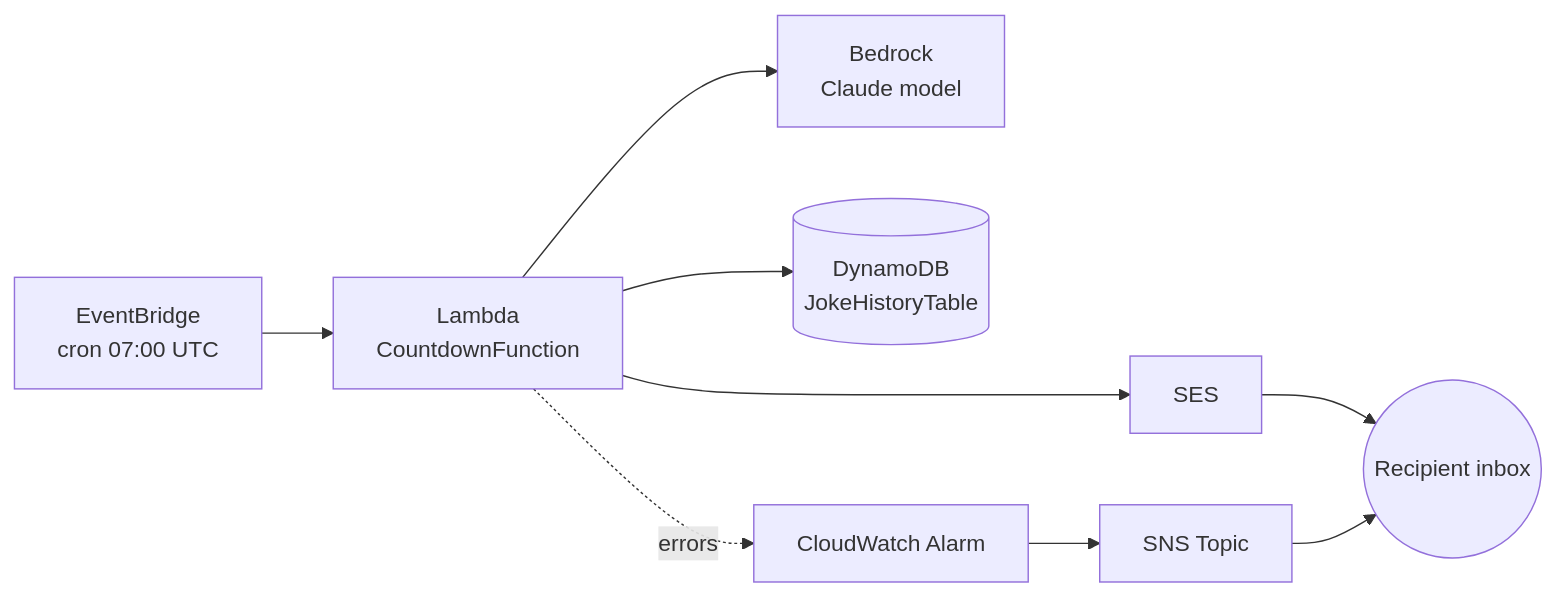
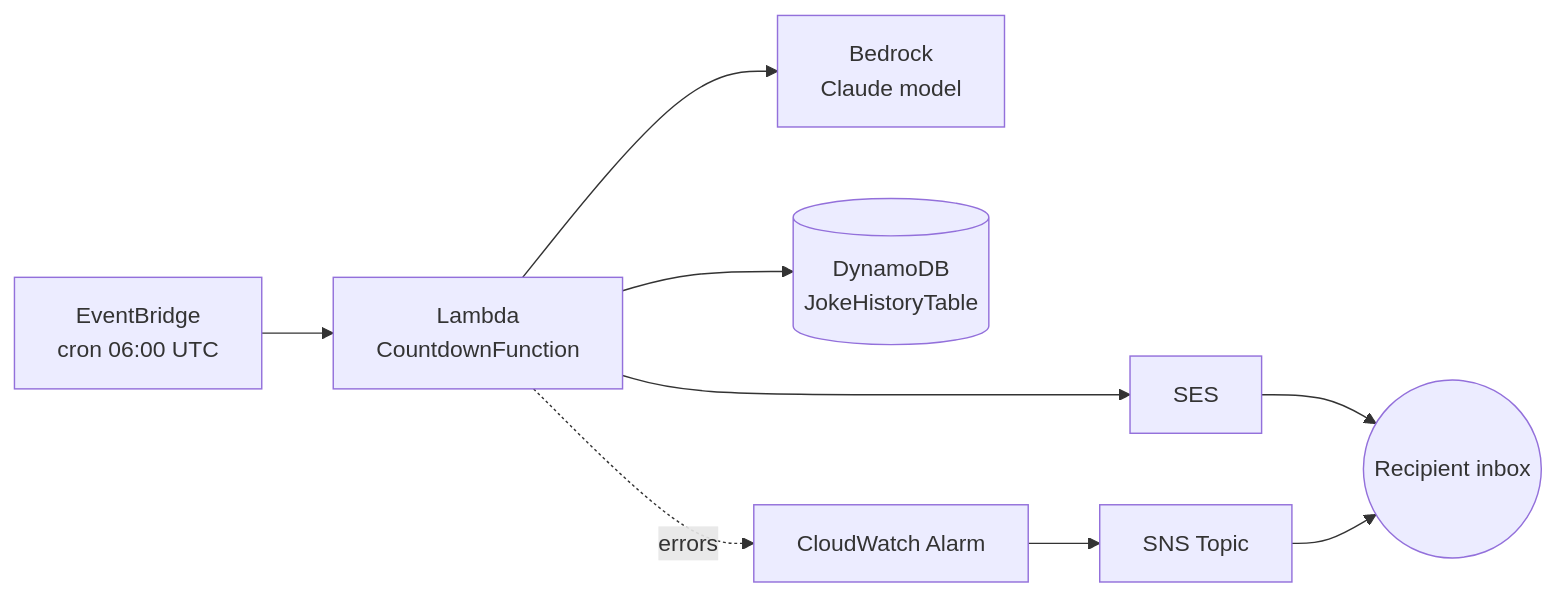
The diagram in README.md (Sidford/retirement-calleth), drawn with Mermaid before and after one commit. The commit also changed other lines of this file and 3 other files, not shown here.

First line of the commit message:
docs: bring README, architecture, WAR review, and threat model current

````diff
--- a/README.md
+++ b/README.md
@@ -29,11 +38,11 @@
 ```mermaid
 flowchart LR
-    EB[EventBridge<br/>cron 07:00 UTC] --> L[Lambda<br/>CountdownFunction]
+    EB[EventBridge<br/>cron 06:00 UTC] --> L[Lambda<br/>CountdownFunction]
     L --> BR[Bedrock<br/>Claude model]
     L --> DDB[(DynamoDB<br/>JokeHistoryTable)]
     L --> SES[SES]
     SES --> Recipient((Recipient inbox))
     L -. errors .-> CW[CloudWatch Alarm]
     CW --> SNS[SNS Topic]
     SNS --> Recipient
 ```
````
